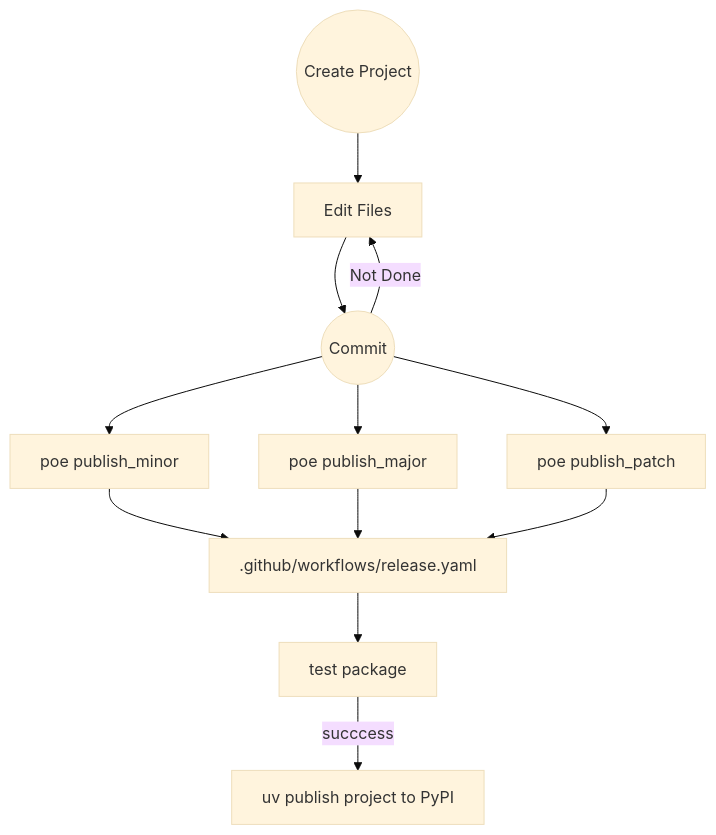
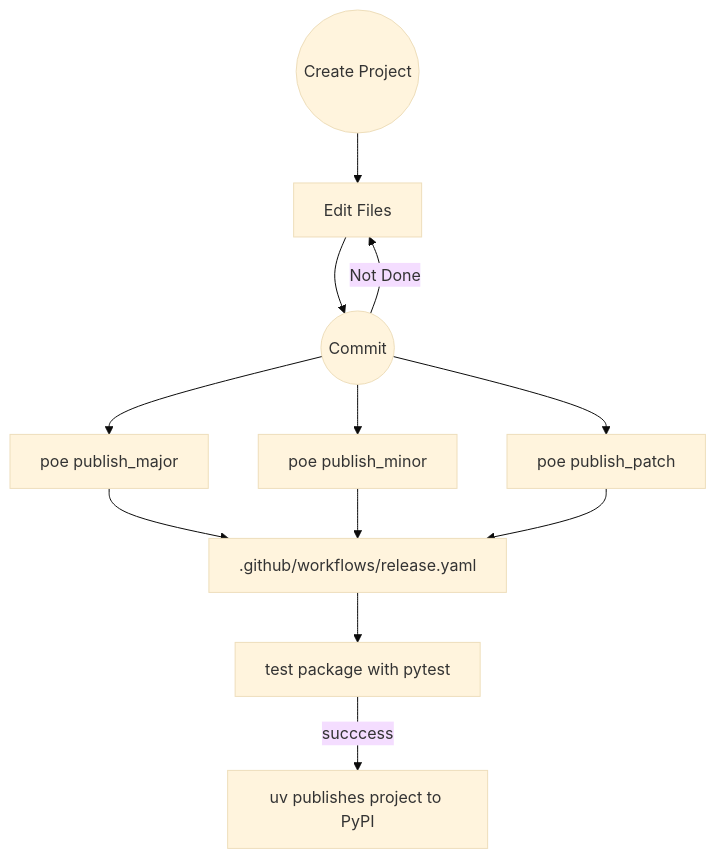
One commit to JnyJny/python-package-cookiecutter changed the diagram in README.md. Above: the diagram before and after it, drawn with Mermaid (base theme). The commit also changed other lines of this file, not shown here.

Commit message:
Updated README.md
Edited mermaid diagram, more edits.

````diff
--- a/README.md
+++ b/README.md
@@ -168,14 +168,14 @@
 ```mermaid
 flowchart TD
-    A((Create Project)) --> B[Edit Files]
-    B --> C((Commit))
-    C -->|Not Done| B
-    C --> M[poe publish_major]
-    C --> m[poe publish_minor]
-    C --> P[poe publish_patch]
-    m --> p[.github/workflows/release.yaml]
-    M --> p
-    P --> p
-    p --> test[test package]
-    test --> |succcess| pypi[uv publish project to PyPI]
+    Create((Create Project)) --> Edit[Edit Files]
+    Edit --> Commit((Commit))
+    Commit -->|Not Done| Edit
+    Commit --> Major[poe publish_major]
+    Commit --> Minor[poe publish_minor]
+    Commit --> Patch[poe publish_patch]
+    Major --> workflow[.github/workflows/release.yaml]
+    Minor --> workflow
+    Patch --> workflow
+    workflow --> test[test package with pytest]
+    test --> |succcess| publish[uv publishes project to PyPI]
 ```
````
